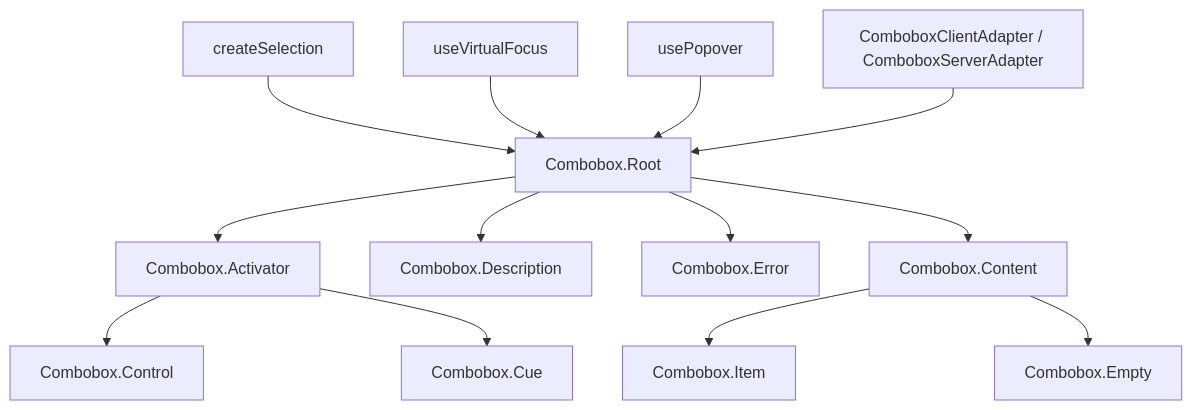
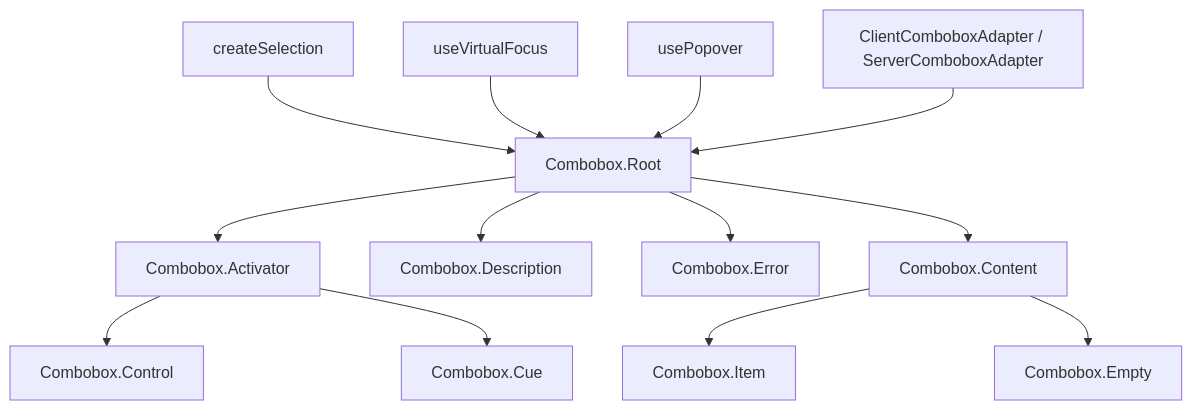
Before and after one commit to vuetifyjs/0: the diagram in apps/docs/src/pages/components/forms/combobox.md, drawn with Mermaid. The commit also changed other lines of this file and 2 other files, not shown here.

Commit message:
refactor(createCombobox): remove legacy ComboboxClient/ServerAdapter aliases

````diff
--- a/apps/docs/src/pages/components/forms/combobox.md
+++ b/apps/docs/src/pages/components/forms/combobox.md
@@ -75,29 +75,29 @@
 ```mermaid "Combobox Architecture"
 flowchart TD
   CreateSelection["createSelection"]
   UseVirtualFocus["useVirtualFocus"]
   UsePopover["usePopover"]
-  Adapter["ComboboxClientAdapter / ComboboxServerAdapter"]
+  Adapter["ClientComboboxAdapter / ServerComboboxAdapter"]
   Root["Combobox.Root"]:::primary
   Activator["Combobox.Activator"]
   Control["Combobox.Control"]
   Cue["Combobox.Cue"]
   Description["Combobox.Description"]
   Error["Combobox.Error"]
   Content["Combobox.Content"]
   Item["Combobox.Item"]
   Empty["Combobox.Empty"]
 
   CreateSelection --> Root
   UseVirtualFocus --> Root
   UsePopover --> Root
   Adapter --> Root
   Root --> Activator
   Root --> Description
   Root --> Error
   Root --> Content
   Activator --> Control
   Activator --> Cue
   Content --> Item
   Content --> Empty
 ```
````
